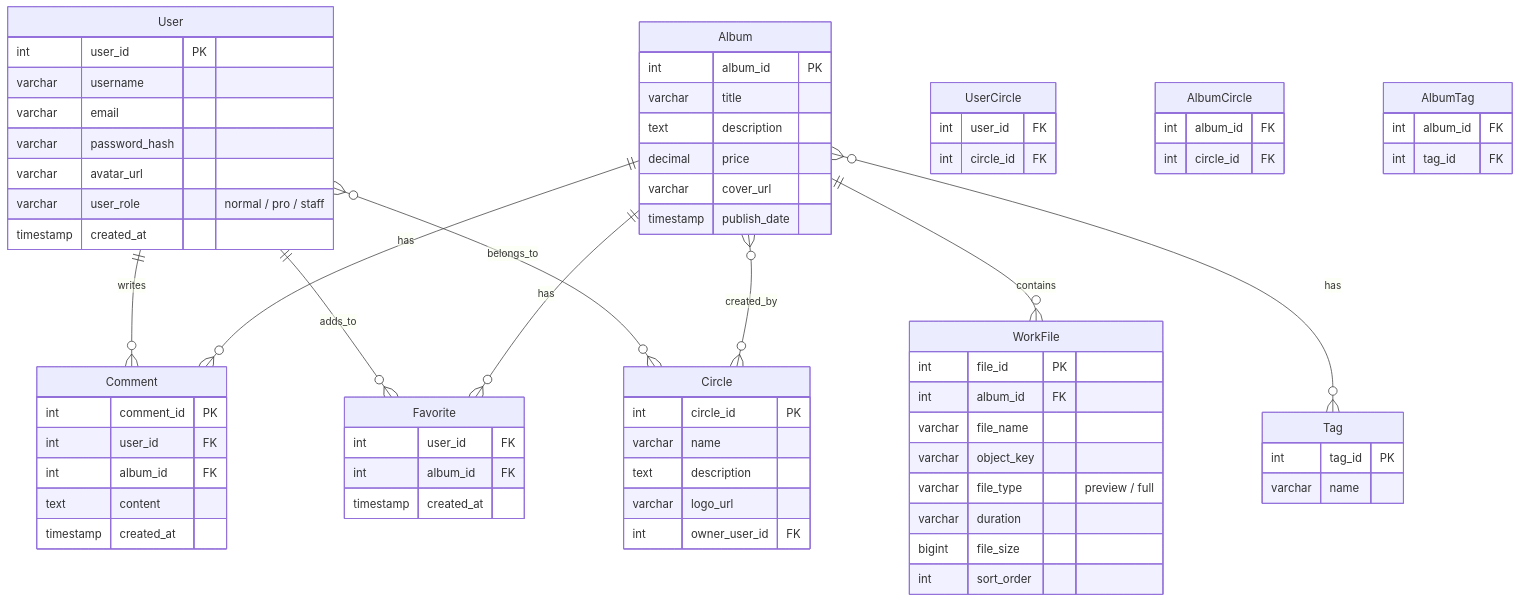
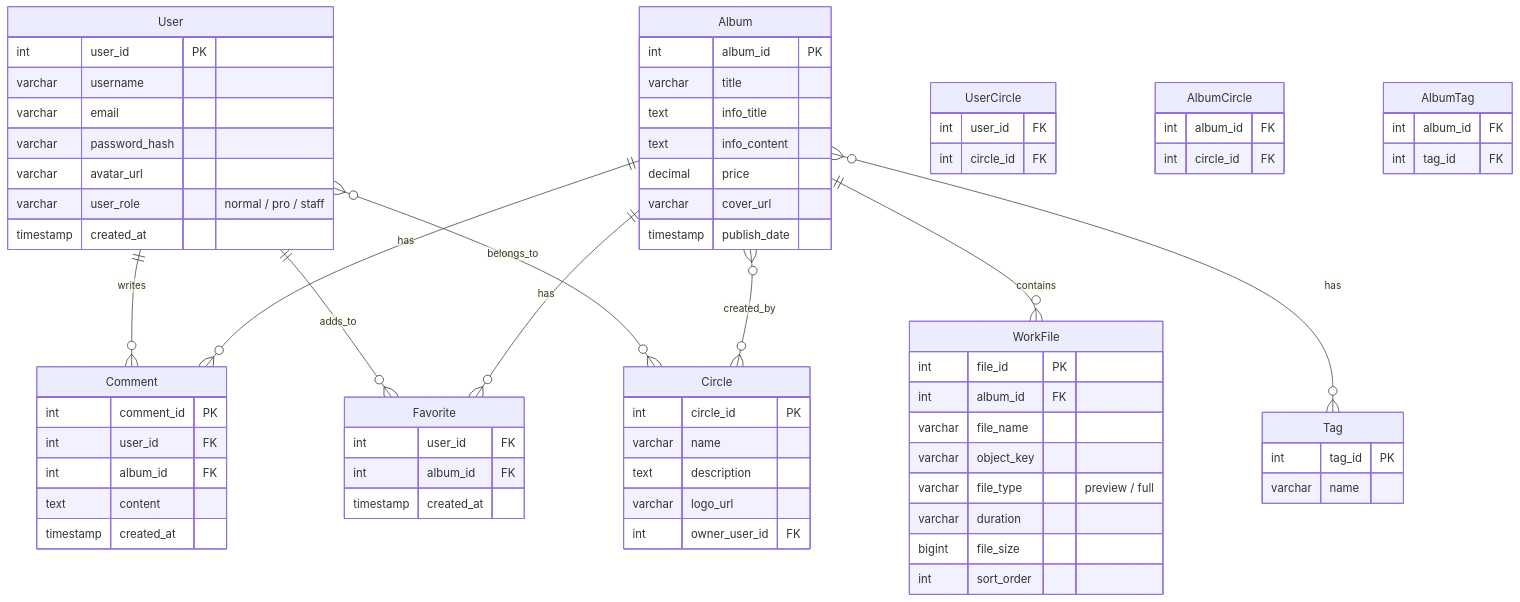
Before and after one commit to lixKRT/IndieTracks: the diagram in docs/数据库ER图与DDL.md, drawn with Mermaid. The commit also changed other lines of this file and 25 other files, not shown here.

```diff
--- a/docs/数据库ER图与DDL.md
+++ b/docs/数据库ER图与DDL.md
@@ -38,7 +38,8 @@
     Album {
         int album_id PK
         varchar title
-        text description
+        text info_title
+        text info_content
         decimal price
         varchar cover_url
         timestamp publish_date
```
